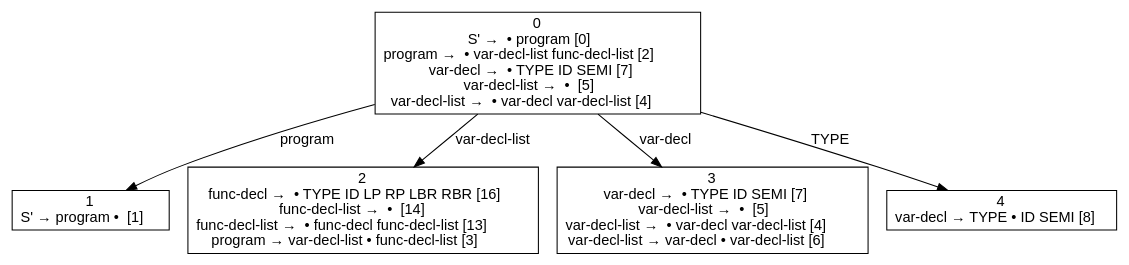
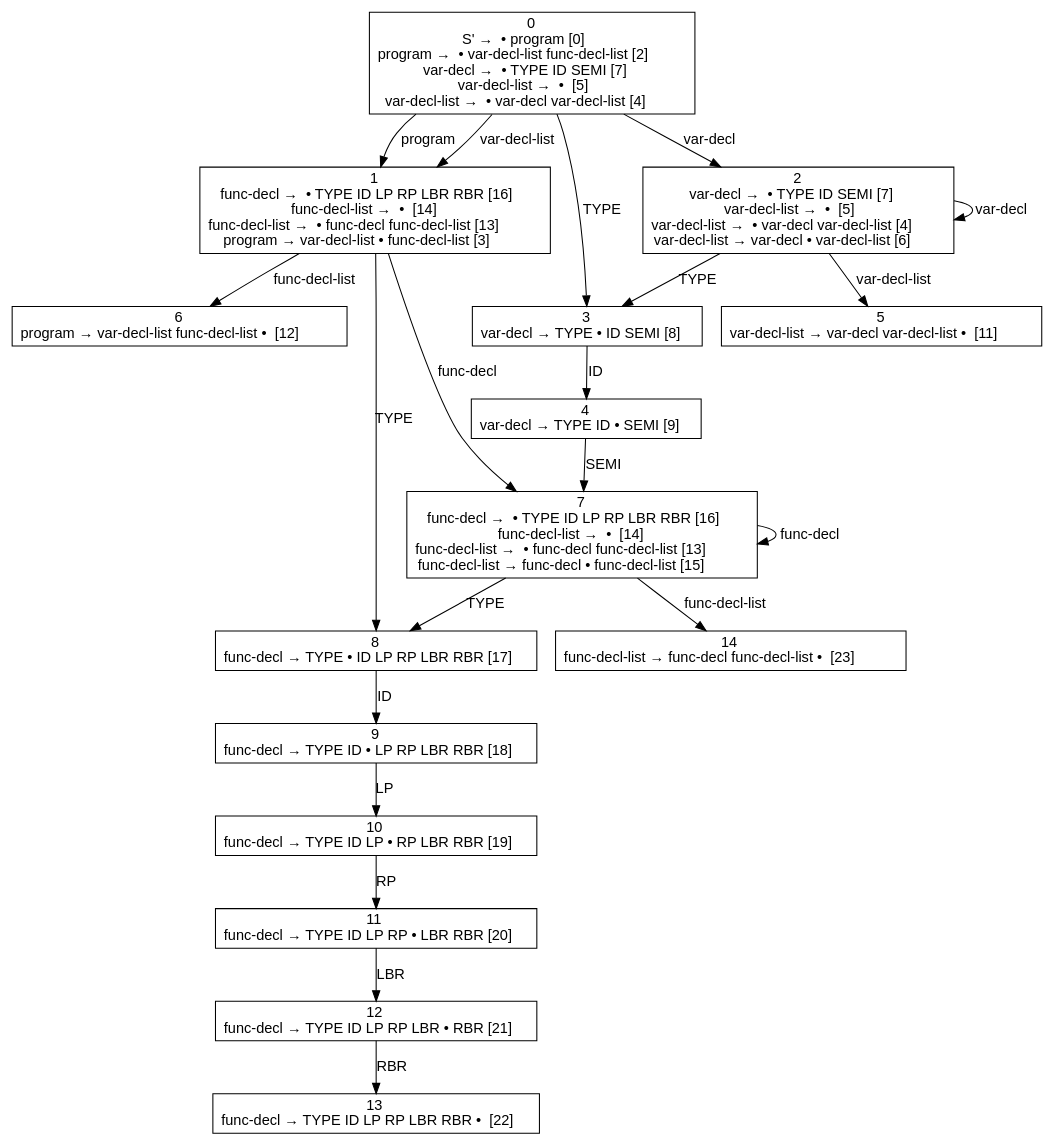
Before and after one commit to dragonsarebest/Compiler: the diagram in PleaseWork/PleaseWork/decl.txt.dfa.dot, drawn with Graphviz. The commit also changed 9 other files, not shown here.

```diff
--- a/PleaseWork/PleaseWork/decl.txt.dfa.dot
+++ b/PleaseWork/PleaseWork/decl.txt.dfa.dot
@@ -1,13 +1,39 @@
 digraph d{
 node [fontname=Helvetica,shape=box];
 edge [fontname=Helvetica];
 n0 [label=<0<br />S' →  • program [0]<br />program →  • var-decl-list func-decl-list [2]<br />var-decl →  • TYPE ID SEMI [7]<br />var-decl-list →  •  [5]<br />var-decl-list →  • var-decl var-decl-list [4]>];
-n1 [label=<1<br />S' → program •  [1]>];
-n2 [label=<2<br />func-decl →  • TYPE ID LP RP LBR RBR [16]<br />func-decl-list →  •  [14]<br />func-decl-list →  • func-decl func-decl-list [13]<br />program → var-decl-list • func-decl-list [3]>];
-n3 [label=<3<br />var-decl →  • TYPE ID SEMI [7]<br />var-decl-list →  •  [5]<br />var-decl-list →  • var-decl var-decl-list [4]<br />var-decl-list → var-decl • var-decl-list [6]>];
-n4 [label=<4<br />var-decl → TYPE • ID SEMI [8]>];
+n1 [label=<1<br />func-decl →  • TYPE ID LP RP LBR RBR [16]<br />func-decl-list →  •  [14]<br />func-decl-list →  • func-decl func-decl-list [13]<br />program → var-decl-list • func-decl-list [3]>];
+n2 [label=<2<br />var-decl →  • TYPE ID SEMI [7]<br />var-decl-list →  •  [5]<br />var-decl-list →  • var-decl var-decl-list [4]<br />var-decl-list → var-decl • var-decl-list [6]>];
+n3 [label=<3<br />var-decl → TYPE • ID SEMI [8]>];
+n4 [label=<4<br />var-decl → TYPE ID • SEMI [9]>];
+n5 [label=<5<br />var-decl-list → var-decl var-decl-list •  [11]>];
+n6 [label=<6<br />program → var-decl-list func-decl-list •  [12]>];
+n7 [label=<7<br />func-decl →  • TYPE ID LP RP LBR RBR [16]<br />func-decl-list →  •  [14]<br />func-decl-list →  • func-decl func-decl-list [13]<br />func-decl-list → func-decl • func-decl-list [15]>];
+n8 [label=<8<br />func-decl → TYPE • ID LP RP LBR RBR [17]>];
+n9 [label=<9<br />func-decl → TYPE ID • LP RP LBR RBR [18]>];
+n10 [label=<10<br />func-decl → TYPE ID LP • RP LBR RBR [19]>];
+n11 [label=<11<br />func-decl → TYPE ID LP RP • LBR RBR [20]>];
+n12 [label=<12<br />func-decl → TYPE ID LP RP LBR • RBR [21]>];
+n13 [label=<13<br />func-decl → TYPE ID LP RP LBR RBR •  [22]>];
+n14 [label=<14<br />func-decl-list → func-decl func-decl-list •  [23]>];
 n0 -> n1 [label="program"];
-n0 -> n2 [label="var-decl-list"];
-n0 -> n3 [label="var-decl"];
-n0 -> n4 [label="TYPE"];
+n0 -> n1 [label="var-decl-list"];
+n0 -> n2 [label="var-decl"];
+n0 -> n3 [label="TYPE"];
+n1 -> n6 [label="func-decl-list"];
+n1 -> n7 [label="func-decl"];
+n1 -> n8 [label="TYPE"];
+n2 -> n5 [label="var-decl-list"];
+n2 -> n2 [label="var-decl"];
+n2 -> n3 [label="TYPE"];
+n3 -> n4 [label="ID"];
+n4 -> n7 [label="SEMI"];
+n7 -> n14 [label="func-decl-list"];
+n7 -> n7 [label="func-decl"];
+n7 -> n8 [label="TYPE"];
+n8 -> n9 [label="ID"];
+n9 -> n10 [label="LP"];
+n10 -> n11 [label="RP"];
+n11 -> n12 [label="LBR"];
+n12 -> n13 [label="RBR"];
 }
```
